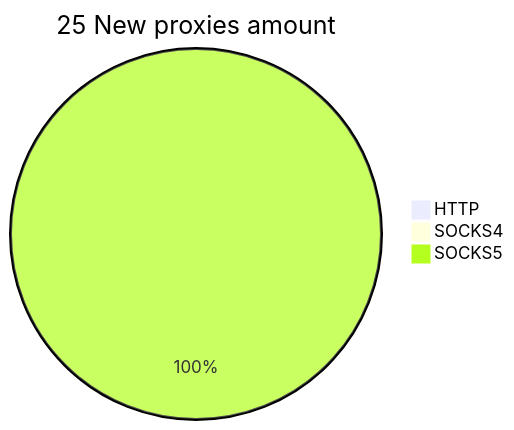
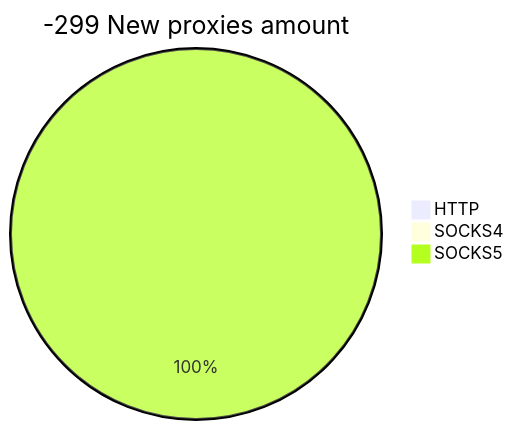
Before and after one commit to cutipu/proxylist: the second of 2 diagrams in README.md, drawn with Mermaid. The commit also changed other lines of this file, not shown here.

````diff
--- a/README.md
+++ b/README.md
@@ -10,6 +10,6 @@
 ```mermaid
-pie title 25 New proxies amount
+pie title -299 New proxies amount
     "HTTP" : 0
     "SOCKS4" : 0
-    "SOCKS5" : 26
+    "SOCKS5" : 49
 ```
````
